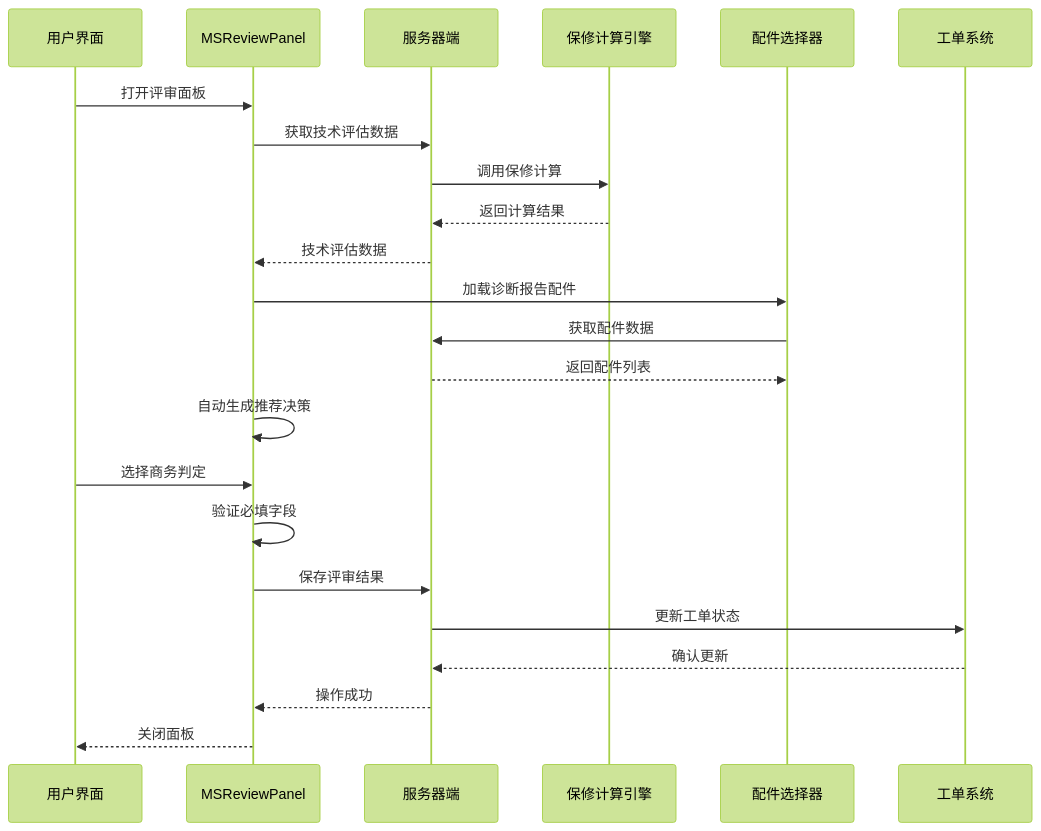
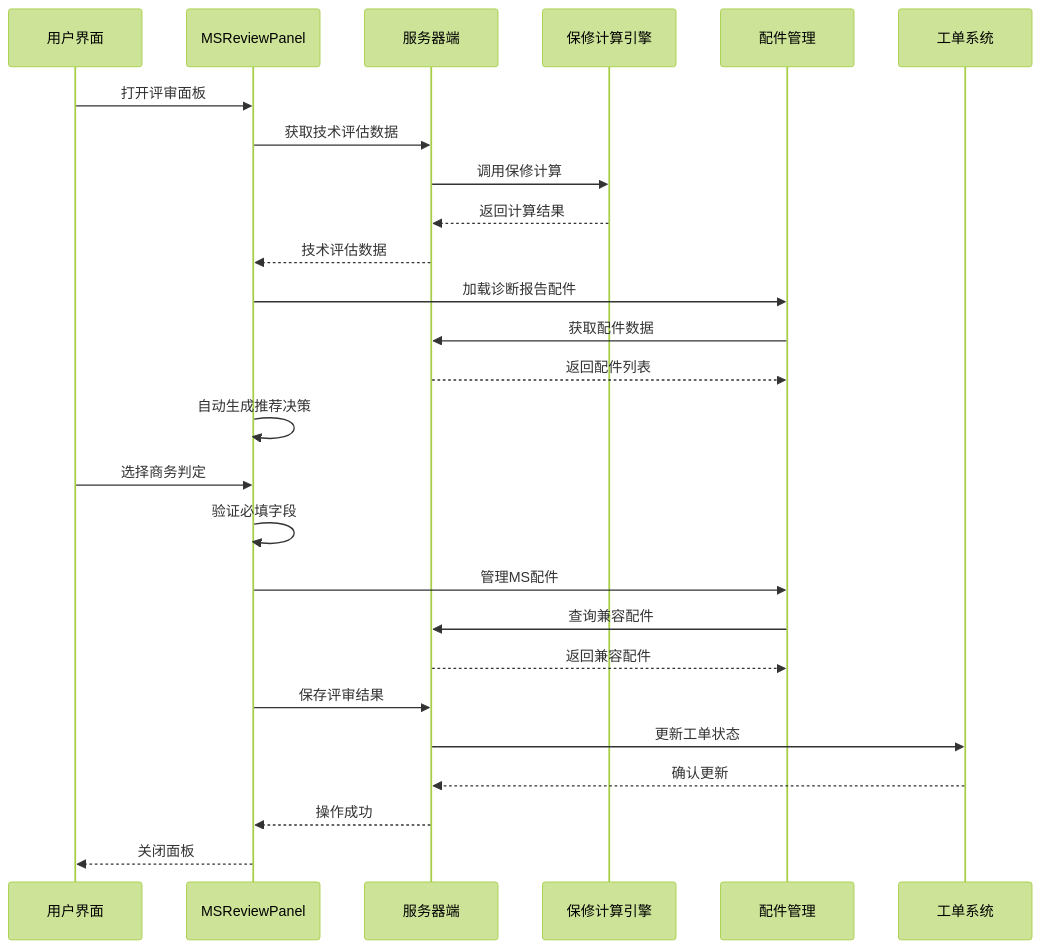
Before and after one commit to CubeEdge/Longhorn: the third of 10 diagrams in .qoder/repowiki/zh/content/前端组件架构/服务工作流增强/MSReviewPanel 评审面板.md, drawn with Mermaid (forest theme). The commit also changed other lines of this file and 29 other files, not shown here.

````diff
--- a/.qoder/repowiki/zh/content/前端组件架构/服务工作流增强/MSReviewPanel 评审面板.md
+++ b/.qoder/repowiki/zh/content/前端组件架构/服务工作流增强/MSReviewPanel 评审面板.md
@@ -160,25 +192,28 @@
 ```mermaid
 sequenceDiagram
 participant U as 用户界面
 participant P as MSReviewPanel
 participant S as 服务器端
 participant W as 保修计算引擎
-participant PS as 配件选择器
+participant PM as 配件管理
 participant T as 工单系统
 U->>P : 打开评审面板
 P->>S : 获取技术评估数据
 S->>W : 调用保修计算
 W-->>S : 返回计算结果
 S-->>P : 技术评估数据
-P->>PS : 加载诊断报告配件
-PS->>S : 获取配件数据
-S-->>PS : 返回配件列表
+P->>PM : 加载诊断报告配件
+PM->>S : 获取配件数据
+S-->>PM : 返回配件列表
 P->>P : 自动生成推荐决策
 U->>P : 选择商务判定
 P->>P : 验证必填字段
+P->>PM : 管理MS配件
+PM->>S : 查询兼容配件
+S-->>PM : 返回兼容配件
 P->>S : 保存评审结果
 S->>T : 更新工单状态
 T-->>S : 确认更新
 S-->>P : 操作成功
 P-->>U : 关闭面板
 ```
````
